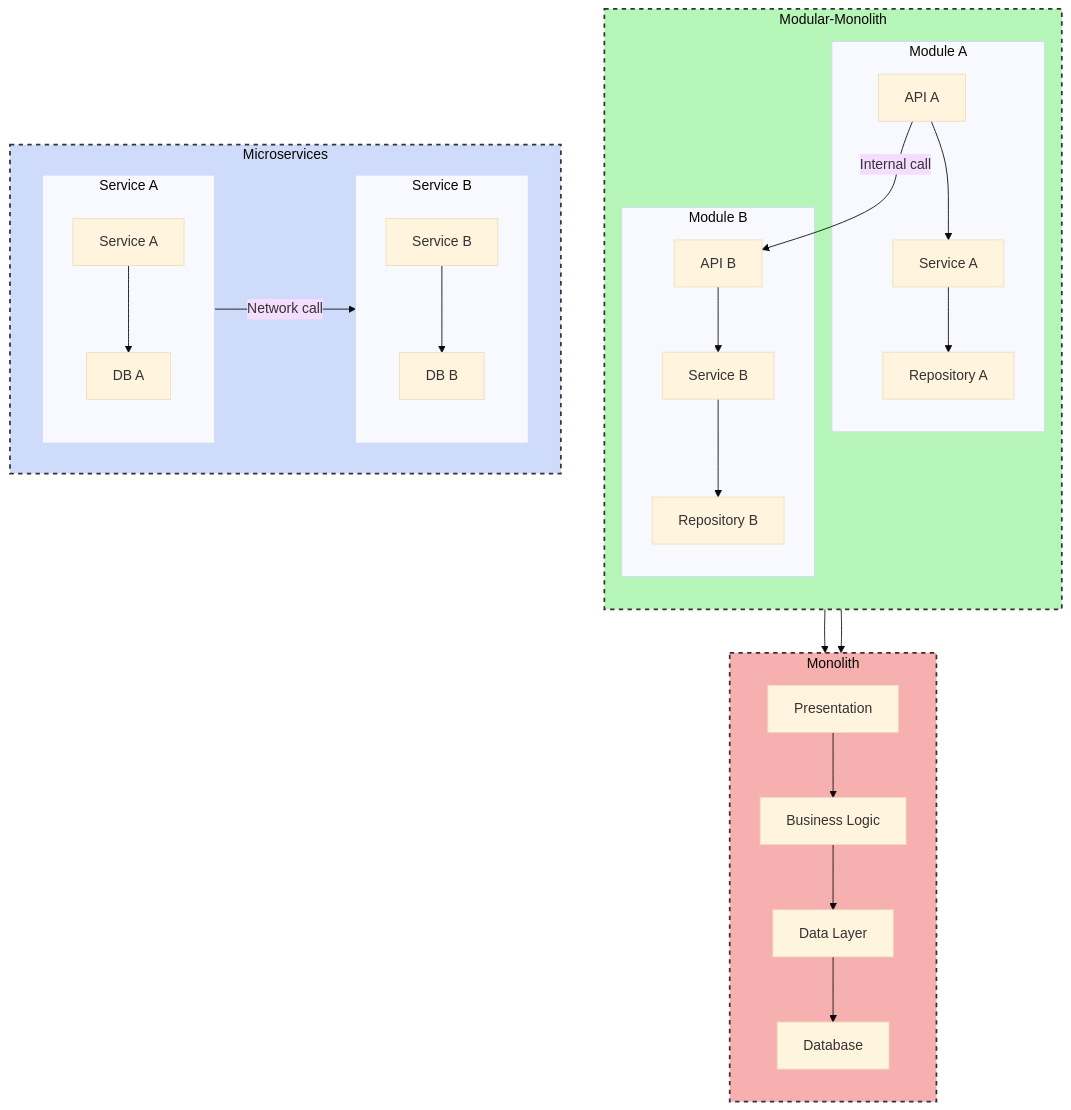
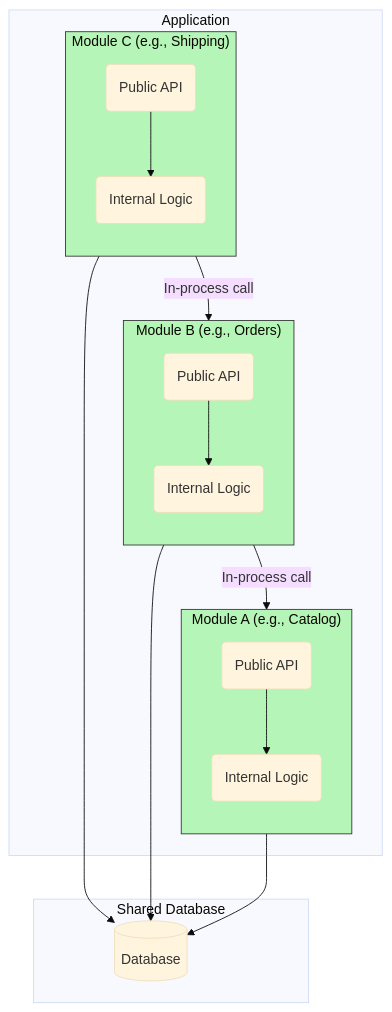
One commit to bmeurant/technical-docs changed the diagram in software-architecture/architectural-patterns/modular-monolith.md. Above: the diagram before and after it, drawn with Mermaid (base theme). The commit also changed other lines of this file and 35 other files, not shown here.

Commit message:
docs(software-architecture): various fixes

````diff
--- a/software-architecture/architectural-patterns/modular-monolith.md
+++ b/software-architecture/architectural-patterns/modular-monolith.md
@@ -29,35 +31,34 @@
 ```mermaid
 graph TD
-    subgraph Monolith
-        direction TB
-        A[Presentation] --> B[Business Logic] --> C[Data Layer]
-        C --> D[Database]
+    subgraph "Application"
+        subgraph ModuleA["Module A (e.g., Catalog)"]
+            direction TB
+            A_API(Public API) --> A_Internal(Internal Logic)
+        end
+
+        subgraph ModuleB["Module B (e.g., Orders)"]
+            direction TB
+            B_API(Public API) --> B_Internal(Internal Logic)
+        end
+
+        subgraph ModuleC["Module C (e.g., Shipping)"]
+            direction TB
+            C_API(Public API) --> C_Internal(Internal Logic)
+        end
+
+        B_API -- "In-process call" --> A_API
+        C_API -- "In-process call" --> B_API
     end
-    style Monolith fill:#f7b0b0,stroke:#333,stroke-width:2px,stroke-dasharray: 5 5
-    subgraph Modular-Monolith
-        direction TB
-        subgraph Module A
-            A1[API A] --> A2[Service A] --> A3[Repository A]
-        end
-        subgraph Module B
-            B1[API B] --> B2[Service B] --> B3[Repository B]
-        end
-        A1 -- "Internal call" --> B1
-        A3 --> D[Database]
-        B3 --> D
+
+    subgraph "Shared Database"
+        DB[(Database)]
     end
-    style Modular-Monolith fill:#b5f5b7,stroke:#333,stroke-width:2px,stroke-dasharray: 5 5
-    subgraph Microservices
-        direction LR
-        subgraph Service A
-            direction TB
-            SA[Service A] --> SA_DB[DB A]
-        end
-        subgraph Service B
-            direction TB
-            SB[Service B] --> SB_DB[DB B]
-        end
-        SA -- "Network call" --> SB
-    end
-    style Microservices fill:#cfdbfa,stroke:#333,stroke-width:2px,stroke-dasharray: 5 5
+
+    ModuleA --> DB
+    ModuleB --> DB
+    ModuleC --> DB
+
+    style ModuleA fill:#b5f5b7,stroke:#333
+    style ModuleB fill:#b5f5b7,stroke:#333
+    style ModuleC fill:#b5f5b7,stroke:#333
 ```
````
